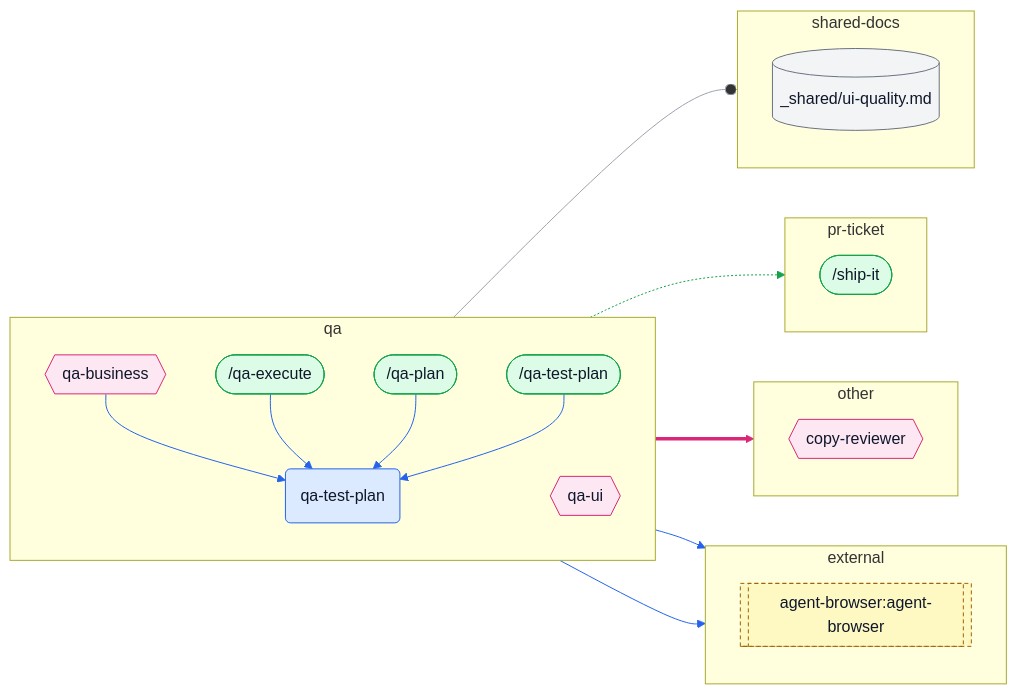
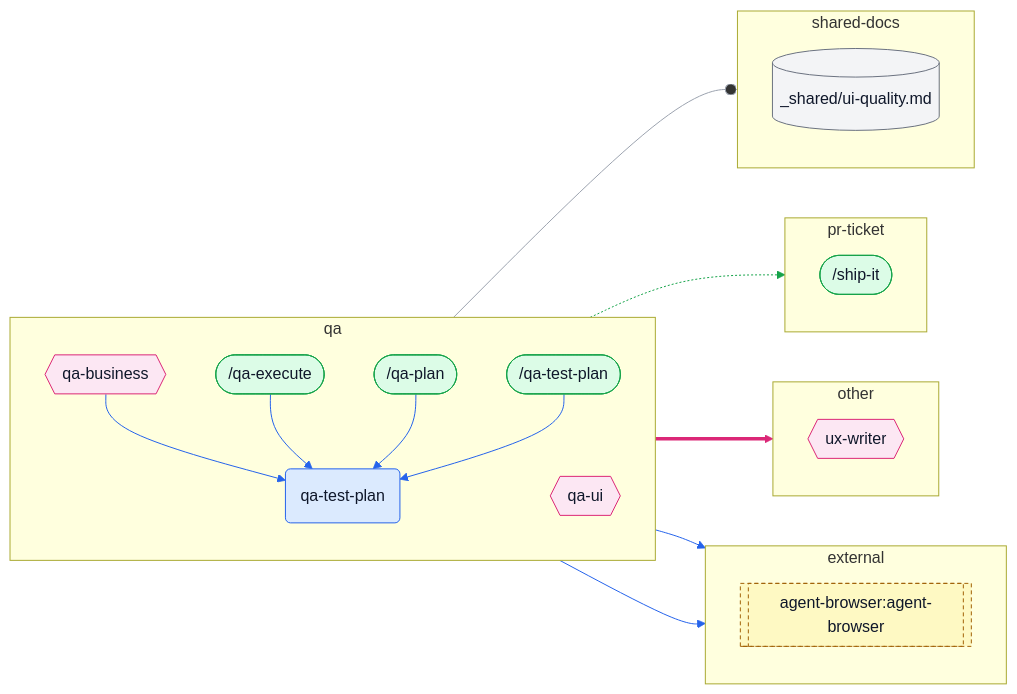
Before and after one commit to ybarsotti/dotfiles: the sixth of 10 diagrams in docs/skills-map.md, drawn with Mermaid. The commit also changed other lines of this file and 11 other files, not shown here.

First line of the commit message:
feat(agents): replace copy-reviewer with a ux-writer agent

````diff
--- a/docs/skills-map.md
+++ b/docs/skills-map.md
@@ -726,52 +733,52 @@
 ```mermaid
 flowchart LR
   subgraph cl_external["external"]
     direction TB
     x_agent_browser_agent_browser[["agent-browser:agent-browser"]]:::external
   end
   subgraph cl_other["other"]
     direction TB
-    a_copy_reviewer{{"copy-reviewer"}}:::agent
+    a_ux_writer{{"ux-writer"}}:::agent
   end
   subgraph cl_pr_ticket["pr-ticket"]
     direction TB
     c_ship_it(["/ship-it"]):::command
   end
   subgraph cl_qa["qa"]
     direction TB
     c_qa_execute(["/qa-execute"]):::command
     c_qa_plan(["/qa-plan"]):::command
     c_qa_test_plan(["/qa-test-plan"]):::command
     s_qa_test_plan("qa-test-plan"):::skill
     a_qa_business{{"qa-business"}}:::agent
     a_qa_ui{{"qa-ui"}}:::agent
   end
   subgraph cl_shared_docs["shared-docs"]
     direction TB
     d_ui_quality[("_shared/ui-quality.md")]:::shared
   end
   a_qa_business --> s_qa_test_plan
   a_qa_business --> x_agent_browser_agent_browser
-  a_qa_ui ==> a_copy_reviewer
+  a_qa_ui ==> a_ux_writer
   a_qa_ui -.-> c_ship_it
   a_qa_ui --o d_ui_quality
   a_qa_ui --> x_agent_browser_agent_browser
   c_qa_execute --> s_qa_test_plan
   c_qa_plan --> s_qa_test_plan
   c_qa_test_plan --> s_qa_test_plan
   linkStyle 0 stroke:#2563eb
   linkStyle 1 stroke:#2563eb
   linkStyle 2 stroke:#db2777
   linkStyle 3 stroke:#16a34a
   linkStyle 4 stroke:#9ca3af
   linkStyle 5 stroke:#2563eb
   linkStyle 6 stroke:#2563eb
   linkStyle 7 stroke:#2563eb
   linkStyle 8 stroke:#2563eb
   classDef skill fill:#dbeafe,stroke:#2563eb,color:#0f172a
   classDef command fill:#dcfce7,stroke:#16a34a,color:#0f172a
   classDef agent fill:#fce7f3,stroke:#db2777,color:#0f172a
   classDef shared fill:#f3f4f6,stroke:#6b7280,color:#0f172a
   classDef external fill:#fef9c3,stroke:#a16207,color:#0f172a,stroke-dasharray:4 3
   classDef step fill:#ffffff,stroke:#6b7280,color:#0f172a,stroke-dasharray:2 2
 ```
````
